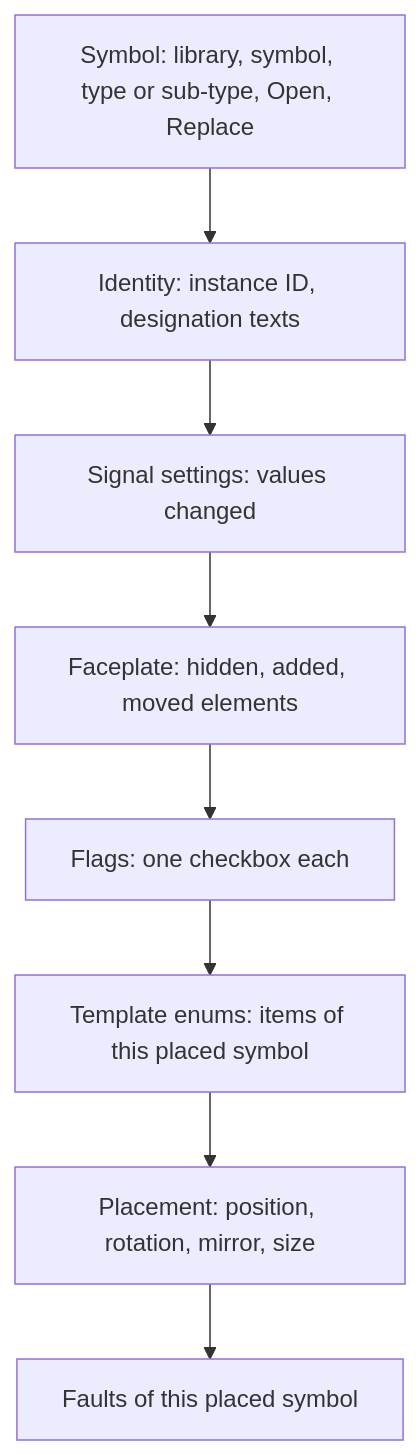
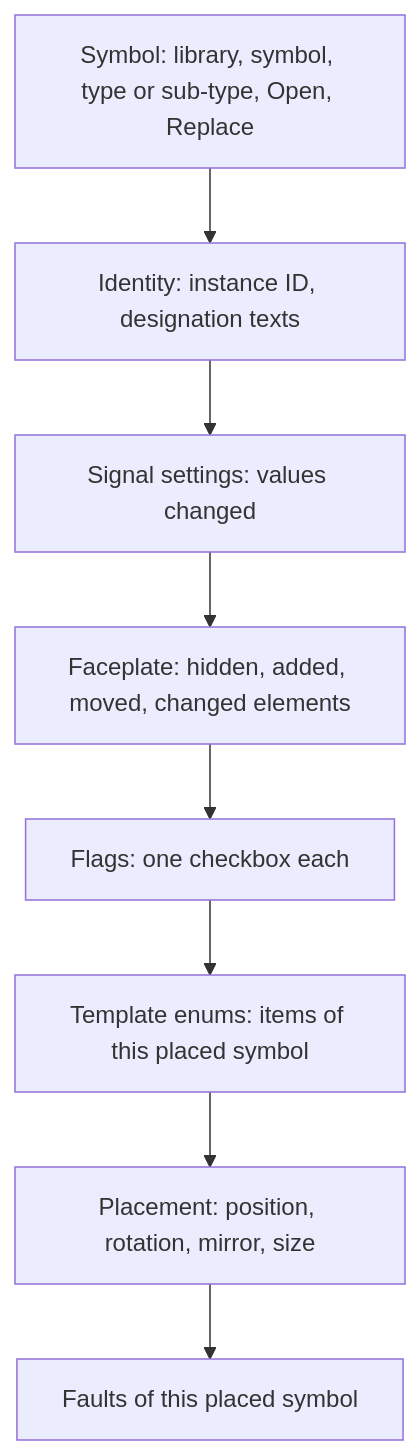
One commit to AlexandreGallais/synoptic-studio-spec changed the diagram in synoptics/04-placed-symbol-panel.md. Above: the diagram before and after it, drawn with Mermaid. The commit also changed other lines of this file and 5 other files, not shown here.

````diff
--- a/synoptics/04-placed-symbol-panel.md
+++ b/synoptics/04-placed-symbol-panel.md
@@ -16,10 +16,10 @@
 ```mermaid
 flowchart TD
     A["Symbol: library, symbol, type or sub-type, Open, Replace"] --> B["Identity: instance ID, designation texts"]
     B --> C["Signal settings: values changed"]
-    C --> D["Faceplate: hidden, added, moved elements"]
+    C --> D["Faceplate: hidden, added, moved, changed elements"]
     D --> E["Flags: one checkbox each"]
     E --> F["Template enums: items of this placed symbol"]
     F --> G["Placement: position, rotation, mirror, size"]
     G --> H["Faults of this placed symbol"]
 ```
````
